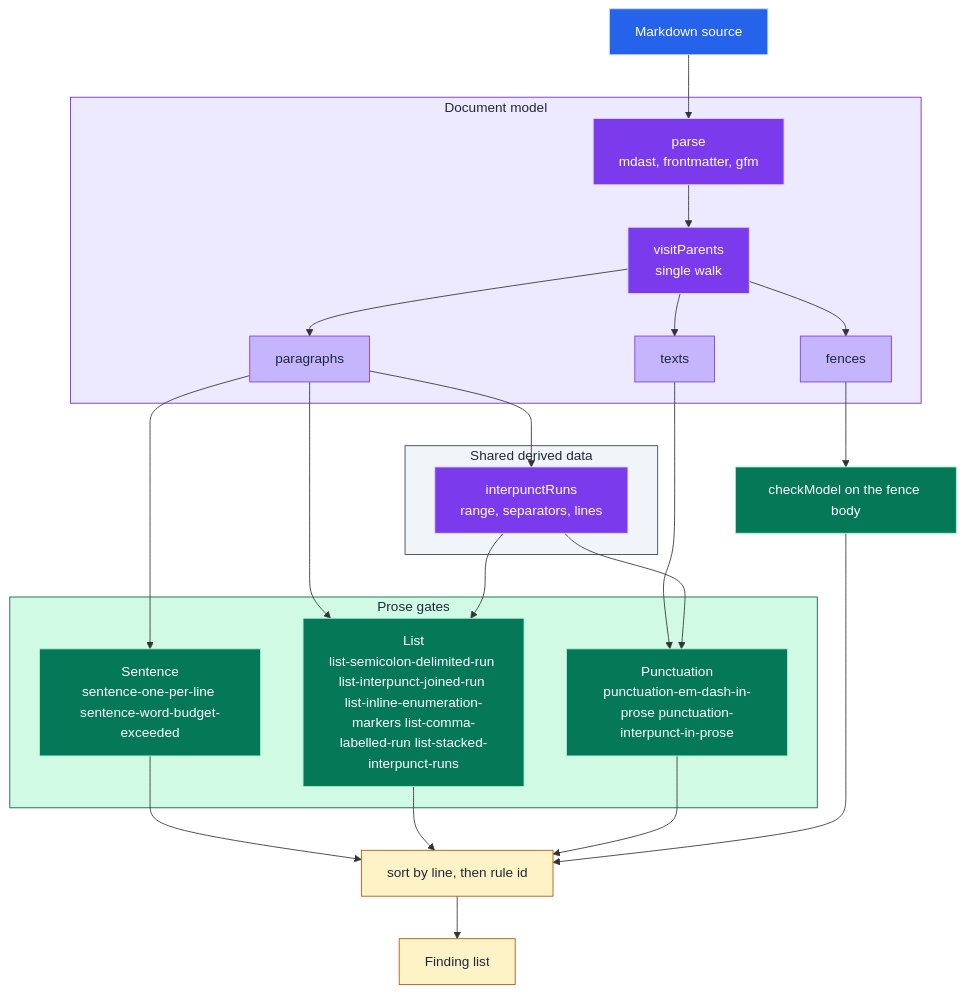
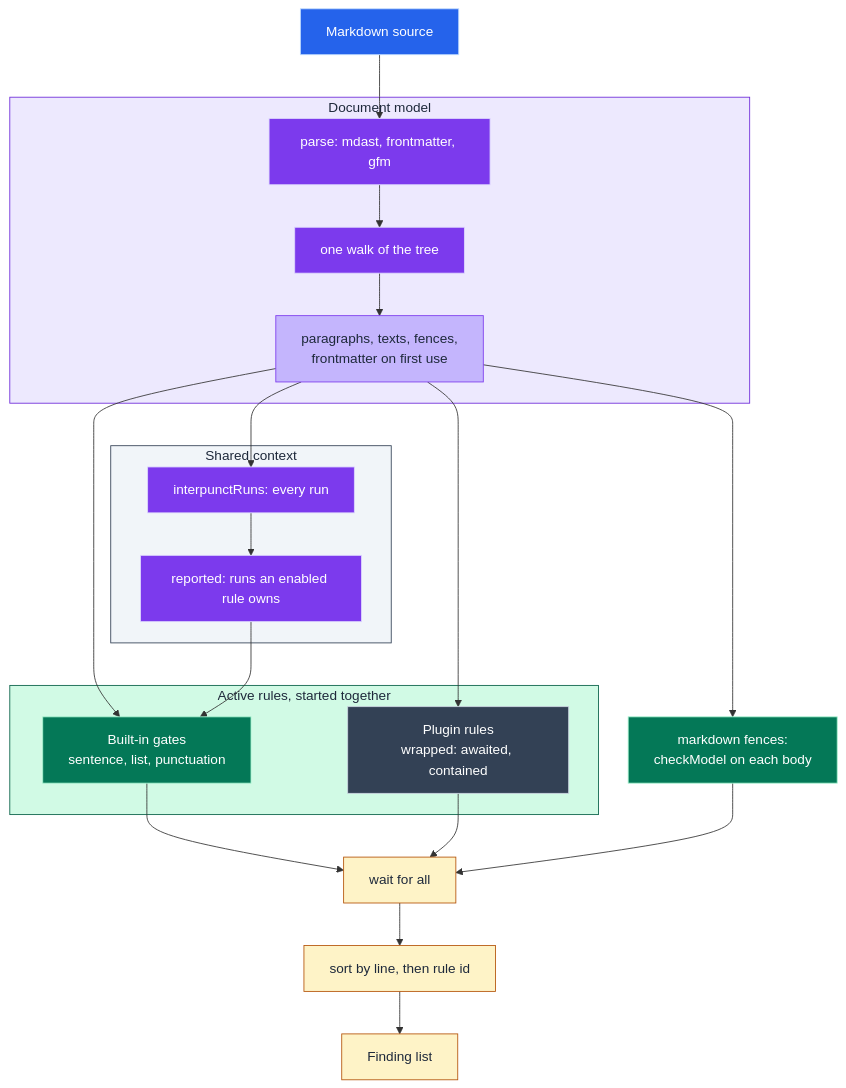
One commit to jpeakai/jpai-prose-gates changed the ninth of 19 diagrams in docs/DATA_MODEL.md. Above: the diagram before and after it, drawn with Mermaid. The commit also changed other lines of this file, not shown here.

First line of the commit message:
docs: recalibrate the DATA_MODEL diagrams for portable rendering, dual density

````diff
--- a/docs/DATA_MODEL.md
+++ b/docs/DATA_MODEL.md
@@ -230,52 +288,47 @@
 ```mermaid
 flowchart TB
     SRC["Markdown source"]:::source
 
-    subgraph build["Document model"]
-        PARSE["parse<br/>mdast, frontmatter, gfm"]:::build
-        WALK["visitParents<br/>single walk"]:::build
-        PARA["paragraphs"]:::view
-        TEXT["texts"]:::view
-        FENCE["fences"]:::view
+    subgraph model["Document model"]
+        PARSE["parse: mdast, frontmatter, gfm"]:::build
+        WALK["one walk of the tree"]:::build
+        VIEWS["paragraphs, texts, fences,<br/>frontmatter on first use"]:::view
     end
 
-    subgraph derived["Shared derived data"]
-        RUNS["interpunctRuns<br/>range, separators, lines"]:::build
+    subgraph ctx["Shared context"]
+        RUNS["interpunctRuns: every run"]:::build
+        REP["reported: runs an enabled rule owns"]:::build
     end
 
-    subgraph gates["Prose gates"]
-        SENT["Sentence<br/>sentence-one-per-line sentence-word-budget-exceeded"]:::gate
-        LIST["List<br/>list-semicolon-delimited-run list-interpunct-joined-run list-inline-enumeration-markers list-comma-labelled-run list-stacked-interpunct-runs"]:::gate
-        PUNC["Punctuation<br/>punctuation-em-dash-in-prose punctuation-interpunct-in-prose"]:::gate
+    subgraph rules["Active rules, started together"]
+        BUILTIN["Built-in gates<br/>sentence, list, punctuation"]:::gate
+        PLUGIN["Plugin rules<br/>wrapped: awaited, contained"]:::ext
     end
 
-    RECUR["checkModel on the fence body"]:::gate
+    FENCE["markdown fences:<br/>checkModel on each body"]:::gate
+    WAIT["wait for all"]:::out
     SORT["sort by line, then rule id"]:::out
     OUT["Finding list"]:::out
 
-    SRC --> PARSE --> WALK
-    WALK --> PARA
-    WALK --> TEXT
-    WALK --> FENCE
-    PARA --> RUNS
-    PARA --> SENT
-    PARA --> LIST
-    TEXT --> PUNC
-    RUNS --> LIST
-    RUNS --> PUNC
-    FENCE --> RECUR
-    SENT --> SORT
-    LIST --> SORT
-    PUNC --> SORT
-    RECUR --> SORT --> OUT
+    SRC --> PARSE --> WALK --> VIEWS
+    VIEWS --> RUNS --> REP
+    VIEWS --> BUILTIN
+    REP --> BUILTIN
+    VIEWS --> PLUGIN
+    VIEWS --> FENCE
+    BUILTIN --> WAIT
+    PLUGIN --> WAIT
+    FENCE --> WAIT
+    WAIT --> SORT --> OUT
 
     classDef source fill:#2563eb,stroke:#bfdbfe,color:#ffffff
     classDef build  fill:#7c3aed,stroke:#ddd6fe,color:#ffffff
     classDef view   fill:#c4b5fd,stroke:#7c3aed,color:#1e293b
     classDef gate   fill:#047857,stroke:#a7f3d0,color:#ffffff
+    classDef ext    fill:#334155,stroke:#cbd5e1,color:#ffffff
     classDef out    fill:#fef3c7,stroke:#b45309,color:#1e293b
 
-    style build fill:#ede9fe,stroke:#6d28d9,color:#1e293b
-    style derived fill:#f1f5f9,stroke:#334155,color:#1e293b
-    style gates fill:#d1fae5,stroke:#065f46,color:#1e293b
+    style model fill:#ede9fe,stroke:#6d28d9,color:#1e293b
+    style ctx fill:#f1f5f9,stroke:#334155,color:#1e293b
+    style rules fill:#d1fae5,stroke:#065f46,color:#1e293b
 ```
````
